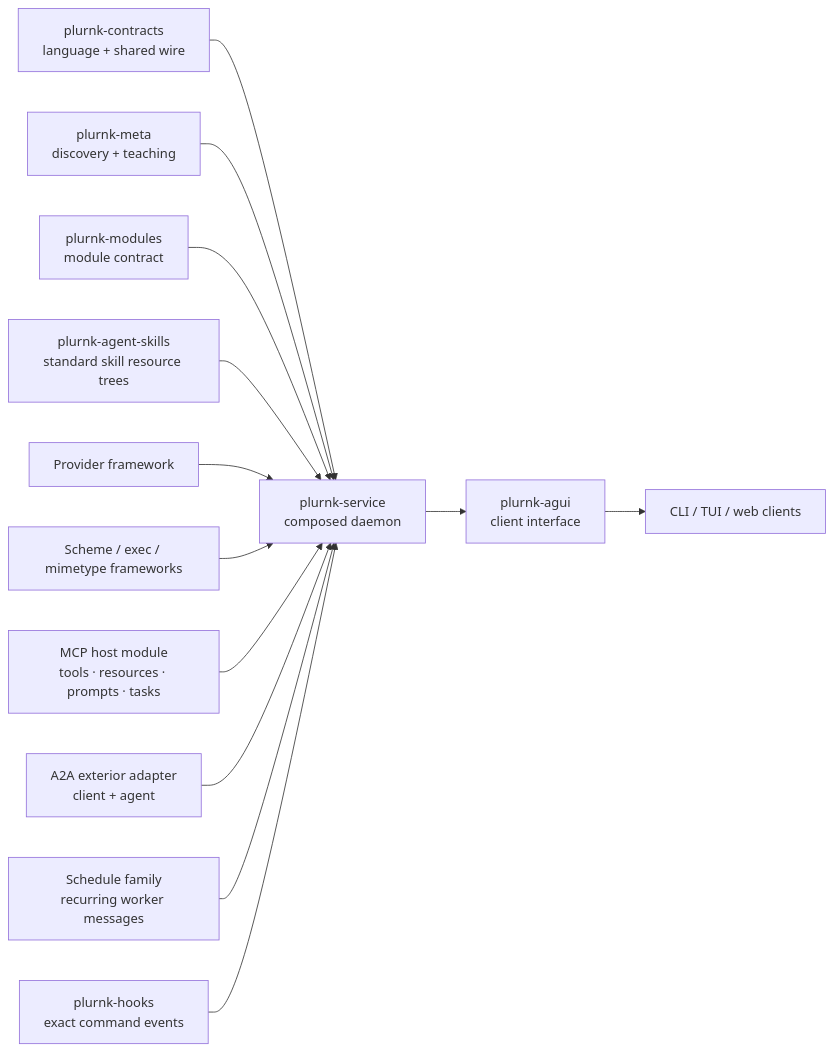
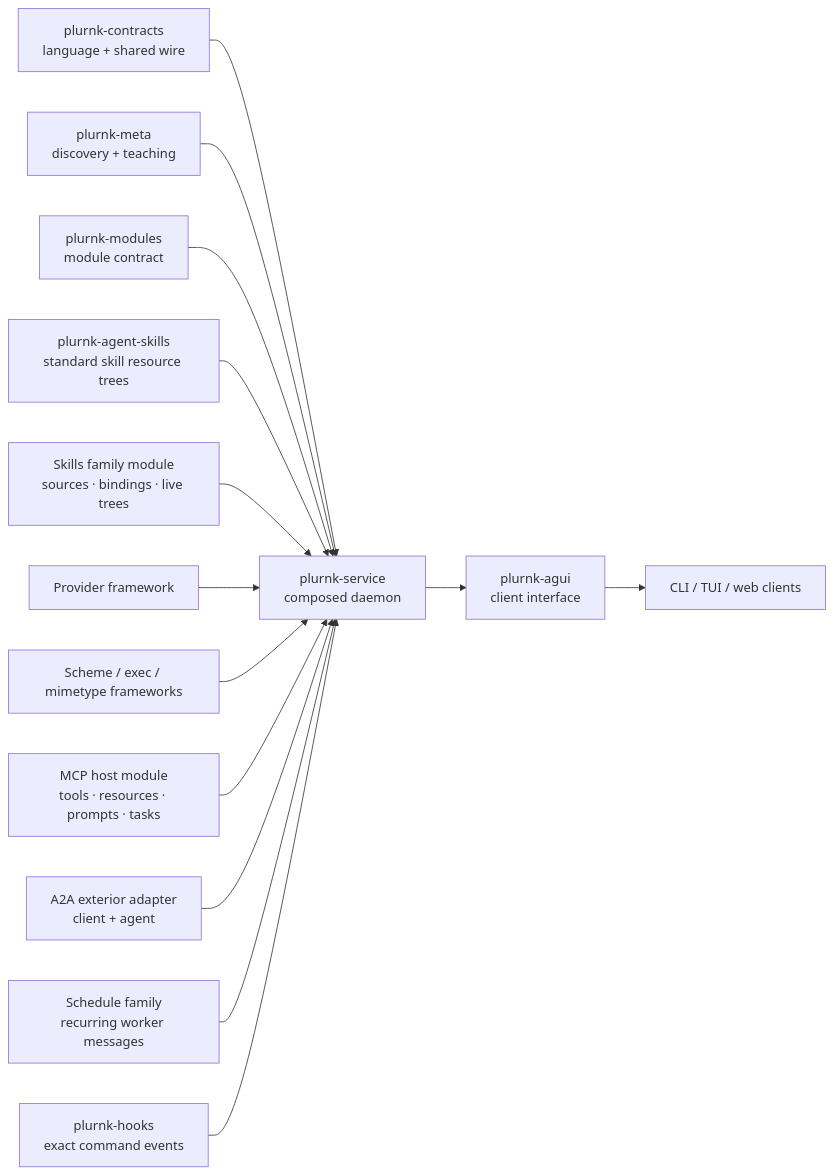
One commit to plurnk/plurnk-service changed the second of 5 diagrams in ARCHITECTURE.md. Above: the diagram before and after it, drawn with Mermaid. The commit also changed other lines of this file and 44 other files, not shown here.

Commit message:
refactor(skills): extract the family through public resource trees (#968)

````diff
--- a/ARCHITECTURE.md
+++ b/ARCHITECTURE.md
@@ -41,16 +41,17 @@
 ```mermaid
 flowchart LR
     contracts["plurnk-contracts<br/>language + shared wire"] --> core
     meta["plurnk-meta<br/>discovery + teaching"] --> core
     modules["plurnk-modules<br/>module contract"] --> core
     skills["plurnk-agent-skills<br/>standard skill resource trees"] --> core
+    skillFamily["Skills family module<br/>sources · bindings · live trees"] --> core
     providers["Provider framework"] --> core
     frameworks["Scheme / exec / mimetype frameworks"] --> core
     mcp["MCP host module<br/>tools · resources · prompts · tasks"] --> core
     a2a["A2A exterior adapter<br/>client + agent"] --> core
     schedule["Schedule family<br/>recurring worker messages"] --> core
     hooks["plurnk-hooks<br/>exact command events"] --> core
     core["plurnk-service<br/>composed daemon"]
     core --> agui["plurnk-agui<br/>client interface"]
     agui --> clients["CLI / TUI / web clients"]
 ```
````
